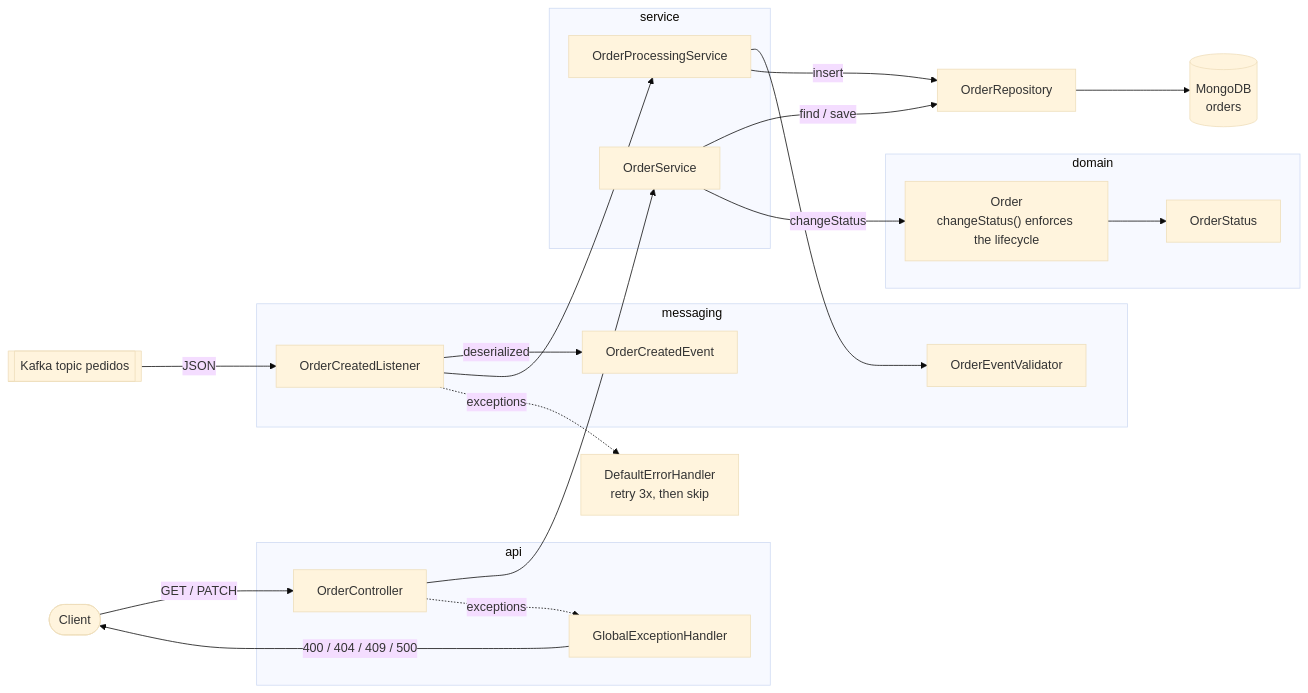
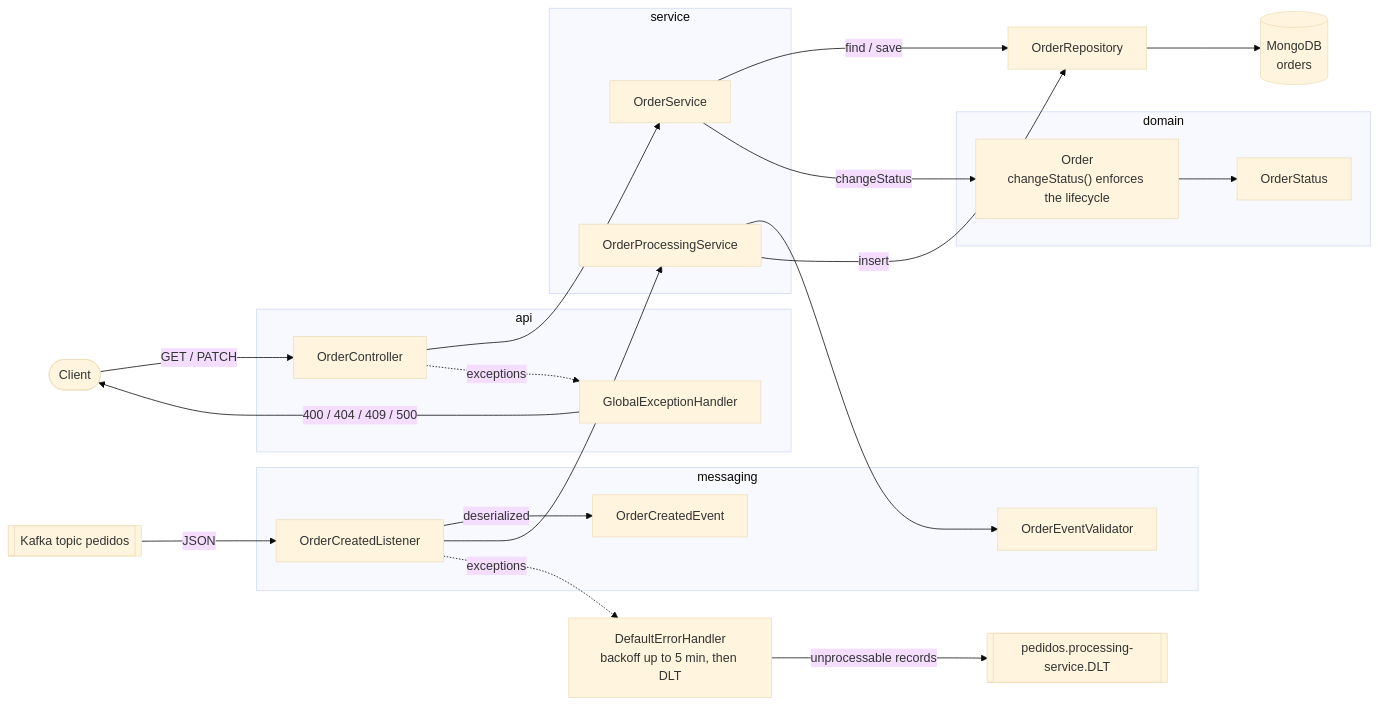
The diagram in processing-service/docs/diagrams/components.md (joaoalbertorsc/order-management-system), drawn with Mermaid (base theme) before and after one commit. The commit also changed other lines of this file and 7 other files, not shown here.

````diff
--- a/processing-service/docs/diagrams/components.md
+++ b/processing-service/docs/diagrams/components.md
@@ -5,47 +5,49 @@
 ```mermaid
 flowchart LR
     kafka[["Kafka topic pedidos"]]
     client([Client])
     mongo[("MongoDB<br/>orders")]
 
     subgraph messaging[messaging]
         listener[OrderCreatedListener]
         validator[OrderEventValidator]
         event[OrderCreatedEvent]
     end
 
     subgraph api[api]
         controller[OrderController]
         handler[GlobalExceptionHandler]
     end
 
     subgraph service[service]
         processing[OrderProcessingService]
         orderService[OrderService]
     end
 
     subgraph domain[domain]
         order["Order<br/>changeStatus() enforces the lifecycle"]
         status[OrderStatus]
     end
 
     repo[OrderRepository]
-    errorHandler["DefaultErrorHandler<br/>retry 3x, then skip"]
+    errorHandler["DefaultErrorHandler<br/>backoff up to 5 min, then DLT"]
+    dlt[["pedidos.processing-service.DLT"]]
 
     kafka -- "JSON" --> listener
     listener -- "deserialized" --> event
     listener --> processing
     processing --> validator
     processing -- "insert" --> repo
     listener -. "exceptions" .-> errorHandler
+    errorHandler -- "unprocessable records" --> dlt
 
     client -- "GET / PATCH" --> controller
     controller --> orderService
     orderService -- "find / save" --> repo
     orderService -- "changeStatus" --> order
     order --> status
     controller -. "exceptions" .-> handler
     handler -- "400 / 404 / 409 / 500" --> client
 
     repo --> mongo
 ```
````
